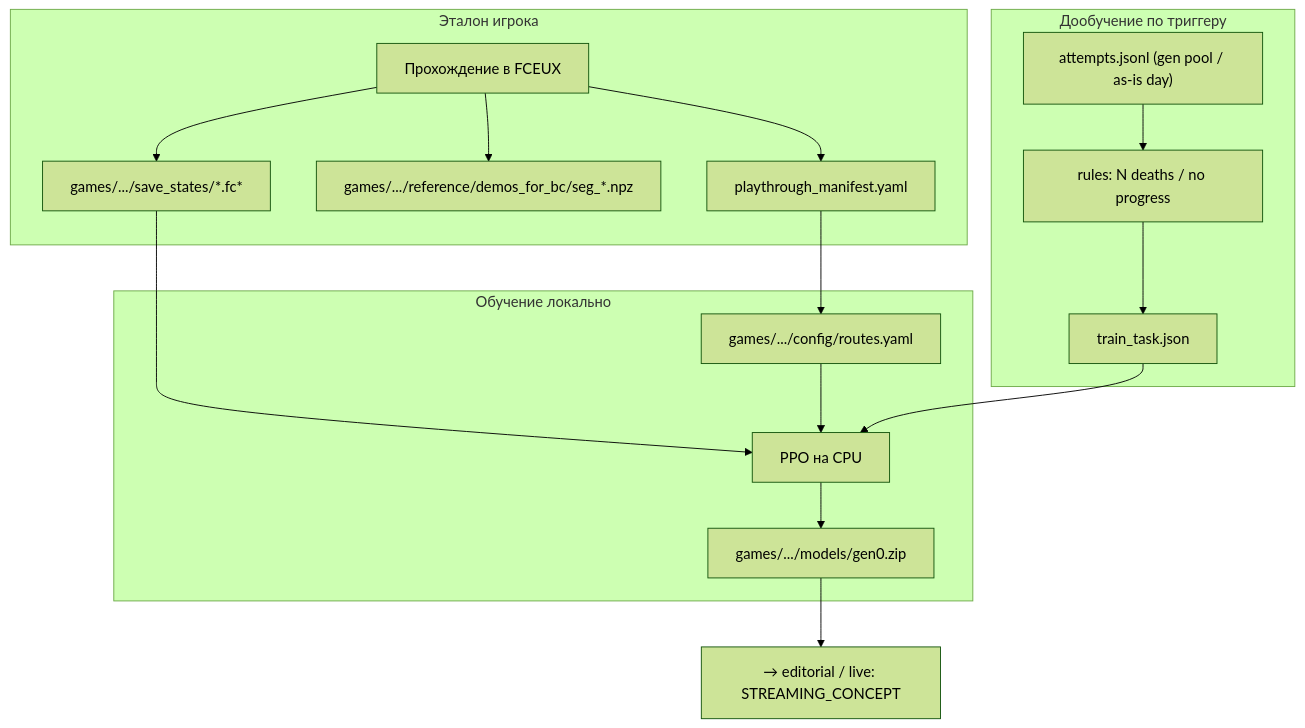
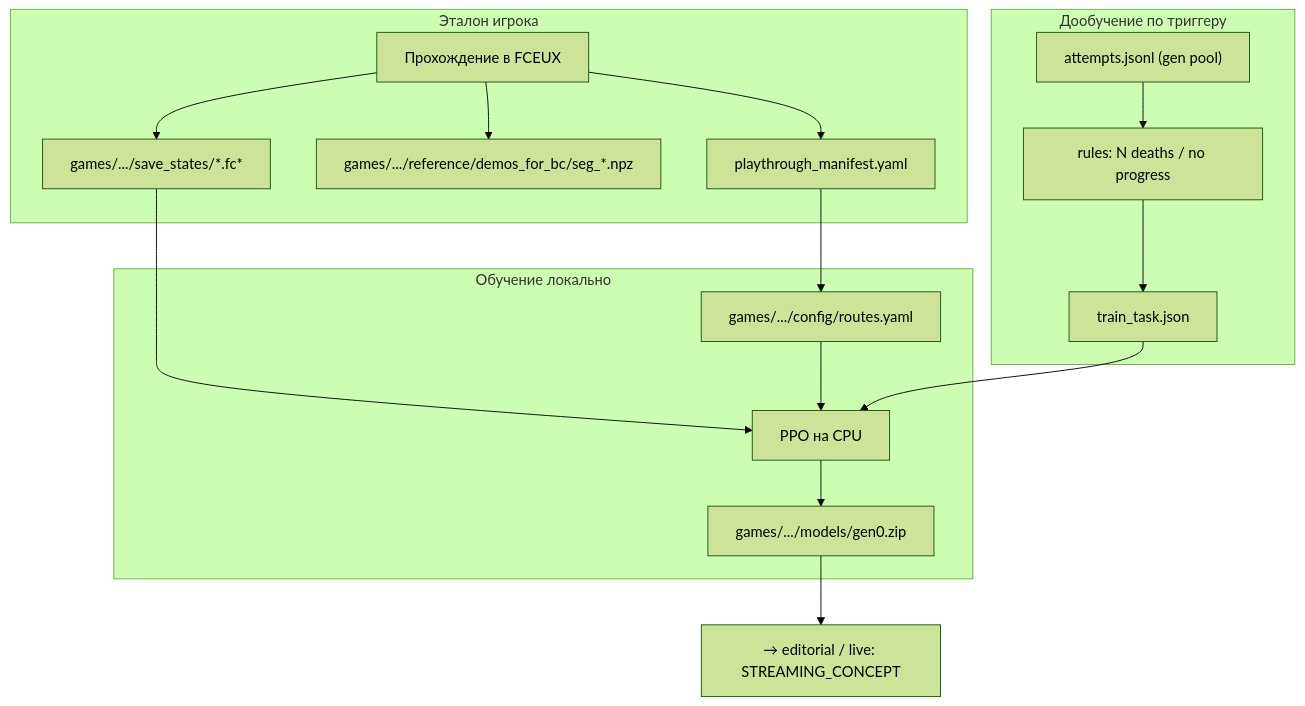
Before and after one commit to dimadroog/wait: the diagram in docs/ML_CONCEPT.md, drawn with Mermaid (forest theme). The commit also changed other lines of this file and 27 other files, not shown here.

First line of the commit message:
refactor(inference): store attempts pool under logs/genN, drop day-retention.

````diff
--- a/docs/ML_CONCEPT.md
+++ b/docs/ML_CONCEPT.md
@@ -85,33 +85,33 @@
 ```mermaid
 flowchart TB
     subgraph record [Эталон игрока]
         HumanPlay[Прохождение в FCEUX]
         Manifest[playthrough_manifest.yaml]
         Demos[games/.../reference/demos_for_bc/seg_*.npz]
         States[games/.../save_states/*.fc*]
         HumanPlay --> Manifest
         HumanPlay --> Demos
         HumanPlay --> States
     end
 
     subgraph train [Обучение локально]
         Routes[games/.../config/routes.yaml]
         LocalPPO[PPO на CPU]
         ModelZip[games/.../models/gen0.zip]
         Manifest --> Routes
         States --> LocalPPO
         Routes --> LocalPPO
         LocalPPO --> ModelZip
     end
 
     subgraph finetune [Дообучение по триггеру]
         Trigger["rules: N deaths / no progress"]
         Task[train_task.json]
-        Attempts["attempts.jsonl (gen pool / as-is day)"]
+        Attempts["attempts.jsonl (gen pool)"]
         Trigger --> Task
         Task --> LocalPPO
         Attempts --> Trigger
     end
 
         ModelZip --> Infer[→ editorial / live: STREAMING_CONCEPT]
 ```
````
